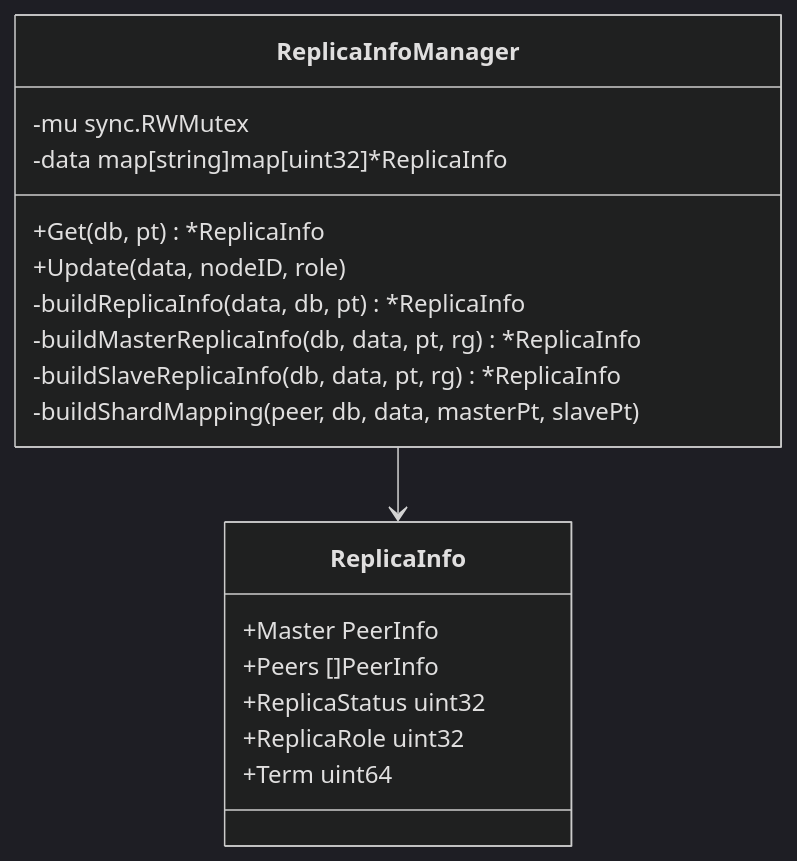
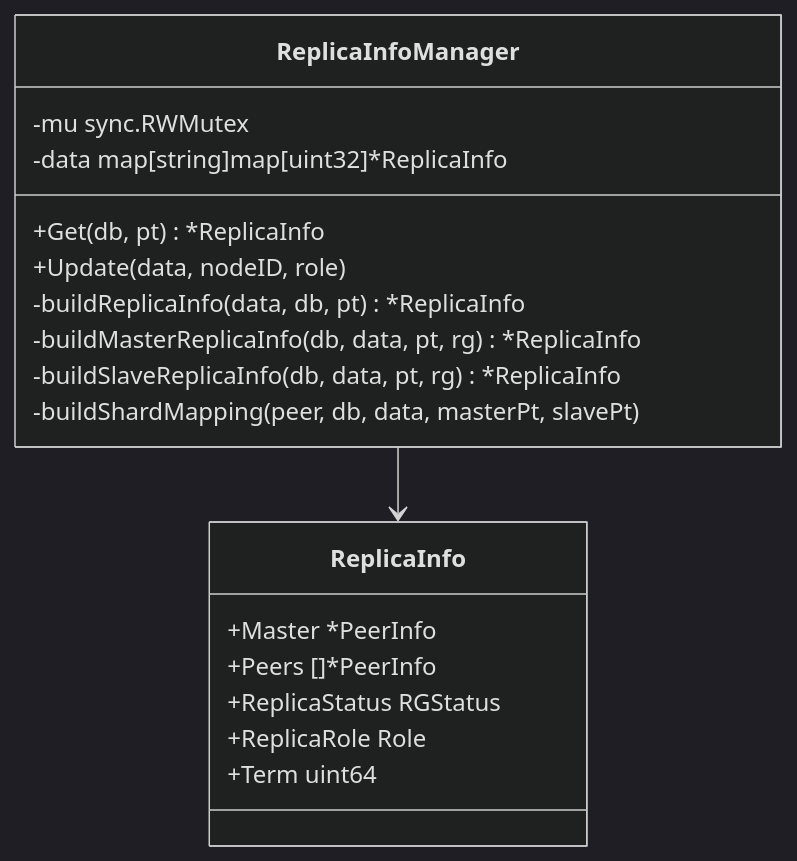
Before and after one commit to stefanv5/openGemini: diagram 15 of 18 in docs/specs/30_metaclient_spec.md, drawn with Mermaid (dark theme). The commit also changed other lines of this file and 37 other files, not shown here.

````diff
--- a/docs/specs/30_metaclient_spec.md
+++ b/docs/specs/30_metaclient_spec.md
@@ -1464,23 +1507,23 @@
 ```mermaid
 classDiagram
     class ReplicaInfoManager {
         -mu sync.RWMutex
         -data map[string]map[uint32]*ReplicaInfo
         +Get(db, pt) *ReplicaInfo
         +Update(data, nodeID, role)
         -buildReplicaInfo(data, db, pt) *ReplicaInfo
         -buildMasterReplicaInfo(db, data, pt, rg) *ReplicaInfo
         -buildSlaveReplicaInfo(db, data, pt, rg) *ReplicaInfo
         -buildShardMapping(peer, db, data, masterPt, slavePt)
     }
 
     class ReplicaInfo {
-        +Master PeerInfo
-        +Peers []PeerInfo
-        +ReplicaStatus uint32
-        +ReplicaRole uint32
+        +Master *PeerInfo
+        +Peers []*PeerInfo
+        +ReplicaStatus RGStatus
+        +ReplicaRole Role
         +Term uint64
     }
 
     ReplicaInfoManager --> ReplicaInfo
 ```
````
